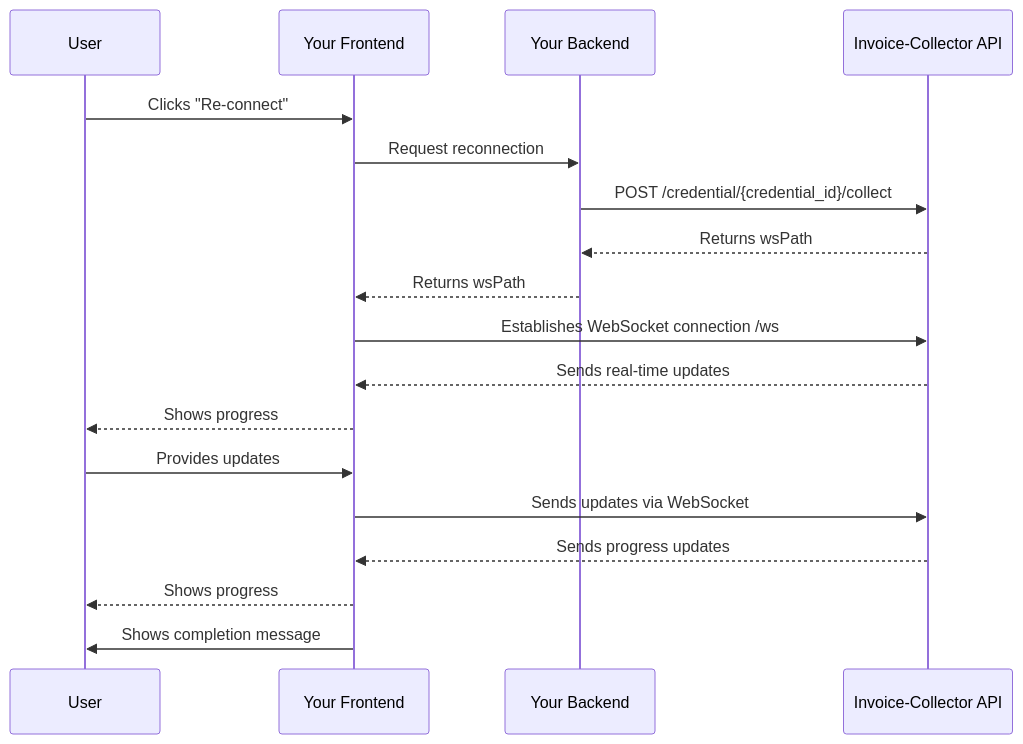
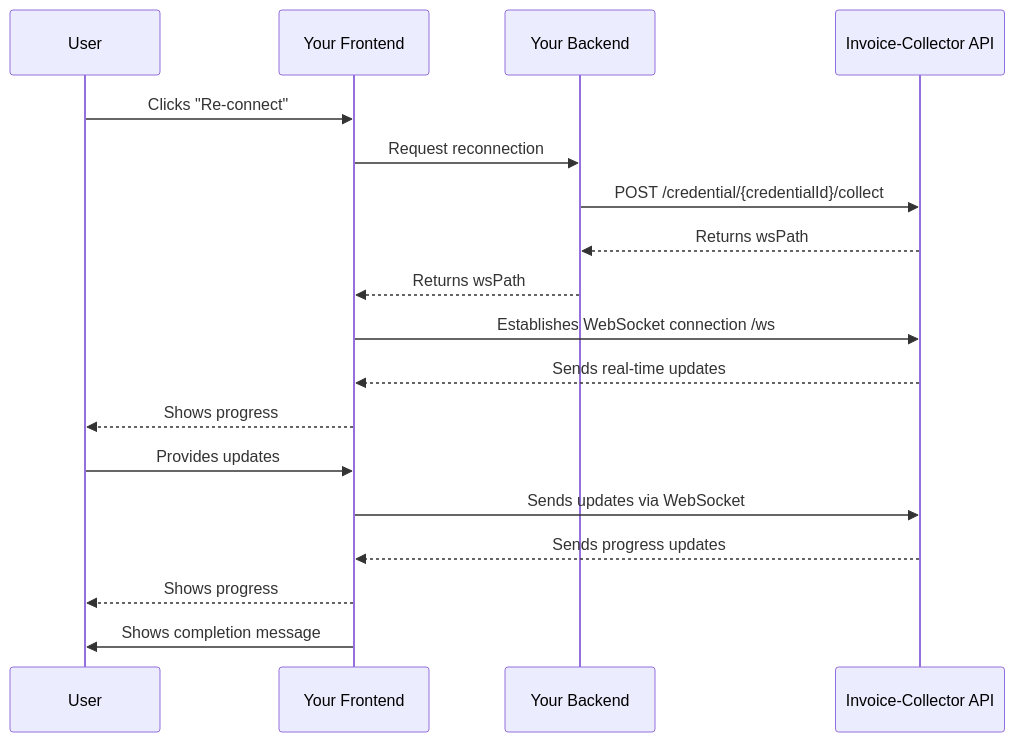
One commit to invoice-collector/website changed the second of 2 diagrams in docs/embed-in-your-app/frontend-integration/reconnect-credential.mdx. Above: the diagram before and after it, drawn with Mermaid. The commit also changed other lines of this file and 7 other files, not shown here.

````diff
--- a/docs/embed-in-your-app/frontend-integration/reconnect-credential.mdx
+++ b/docs/embed-in-your-app/frontend-integration/reconnect-credential.mdx
@@ -135,21 +135,21 @@
 ```mermaid
 sequenceDiagram
     participant User
     participant Frontend as Your Frontend
     participant Backend as Your Backend
     participant API as Invoice-Collector API
     
     User->>Frontend: Clicks "Re-connect"
     Frontend->>Backend: Request reconnection
-    Backend->>API: POST /credential/{credential_id}/collect
+    Backend->>API: POST /credential/{credentialId}/collect
     API-->>Backend: Returns wsPath
     Backend-->>Frontend: Returns wsPath
     Frontend->>API: Establishes WebSocket connection /ws
     API-->>Frontend: Sends real-time updates
     Frontend-->>User: Shows progress
     User->>Frontend: Provides updates
     Frontend->>API: Sends updates via WebSocket
     API-->>Frontend: Sends progress updates
     Frontend-->>User: Shows progress
     Frontend->>User: Shows completion message
 ```
````
